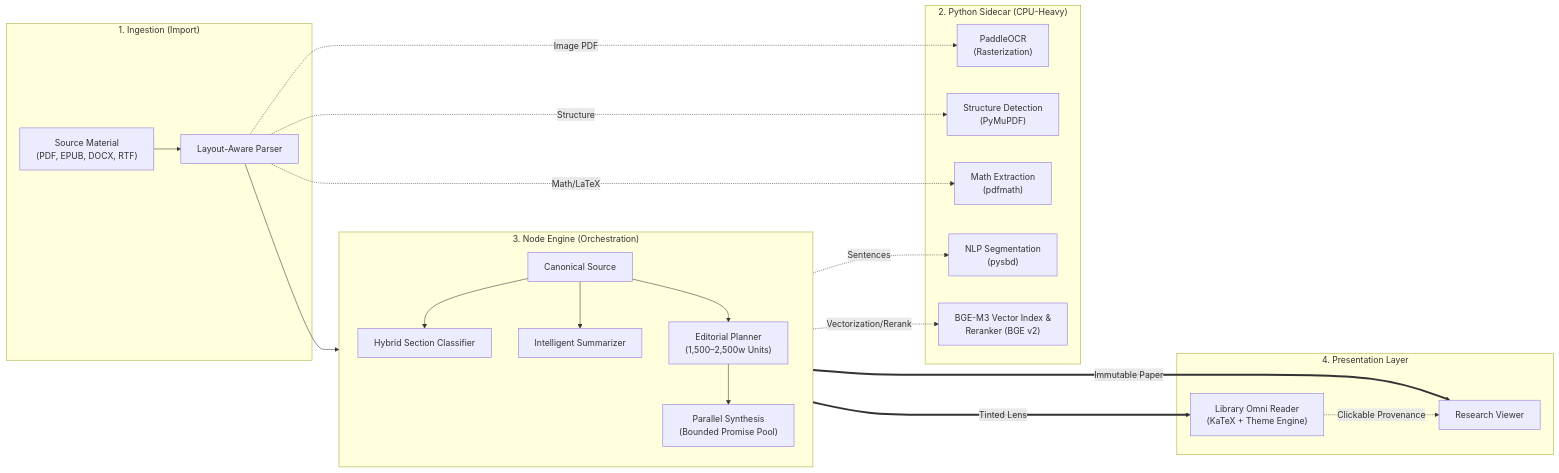
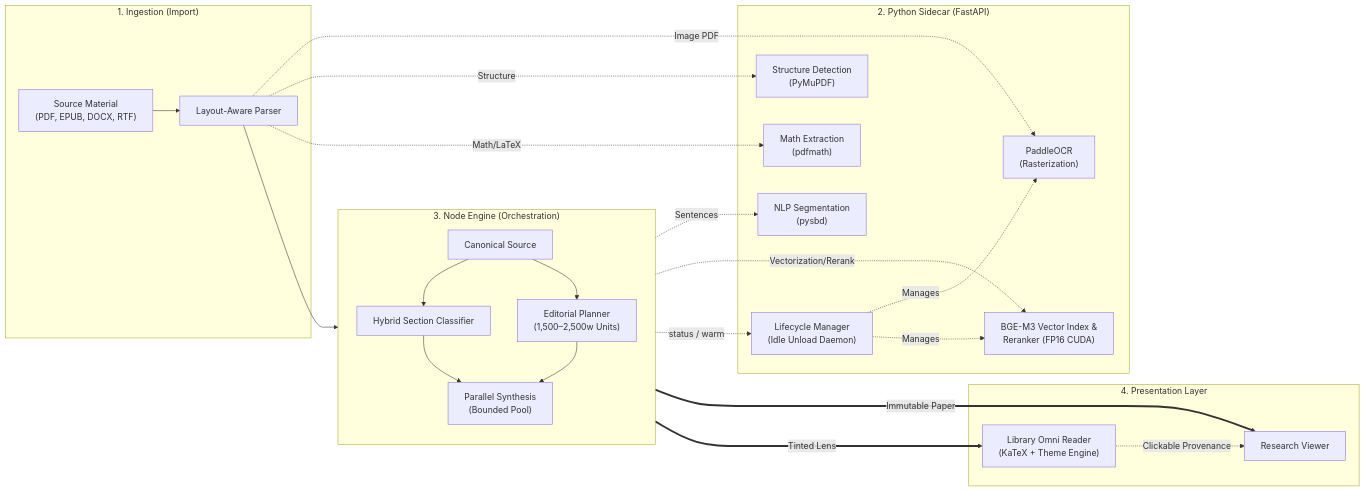
Before and after one commit to avengersvstheflash/Smart-Reader: the second of 2 diagrams in README.md, drawn with Mermaid. The commit also changed other lines of this file, not shown here.

````diff
--- a/README.md
+++ b/README.md
@@ -44,42 +88,35 @@
 ```mermaid
 flowchart LR
     subgraph INGESTION ["1. Ingestion (Import)"]
-        RawDoc["Source Material<br/>(PDF, EPUB, DOCX, RTF)"]
-        Parser["Layout-Aware Parser"]
-        RawDoc --> Parser
+        RawDoc["Source Material<br/>(PDF, EPUB, DOCX, RTF)"] --> Parser["Layout-Aware Parser"]
     end
-
-    subgraph PYTHON_SIDECAR ["2. Python Sidecar (CPU-Heavy)"]
+    subgraph PYTHON_SIDECAR ["2. Python Sidecar (FastAPI)"]
+        Lifecycle["Lifecycle Manager<br/>(Idle Unload Daemon)"]
         OCR["PaddleOCR<br/>(Rasterization)"]
         NLP["NLP Segmentation<br/>(pysbd)"]
         Structure["Structure Detection<br/>(PyMuPDF)"]
         Math["Math Extraction<br/>(pdfmath)"]
-        Embedder["BGE-M3 Vector Index &<br/>Reranker (BGE v2)"]
+        Embedder["BGE-M3 Vector Index &<br/>Reranker (FP16 CUDA)"]
+        Lifecycle -.->|"Manages"| OCR & Embedder
     end
-
     subgraph NODE_ENGINE ["3. Node Engine (Orchestration)"]
         direction TB
         Canon["Canonical Source"]
         Classifier["Hybrid Section Classifier"]
-        Synopsis["Intelligent Summarizer"]
         Planner["Editorial Planner<br/>(1,500–2,500w Units)"]
-        Compressor["Parallel Synthesis<br/>(Bounded Promise Pool)"]
-        
-        Canon --> Classifier
-        Canon --> Synopsis
-        Canon --> Planner --> Compressor
+        Compressor["Parallel Synthesis<br/>(Bounded Pool)"]
+        Canon --> Classifier & Planner --> Compressor
     end
-
     Parser --> Canon
     Parser -.->|"Image PDF"| OCR
     Parser -.->|"Structure"| Structure
     Parser -.->|"Math/LaTeX"| Math
     Canon -.->|"Sentences"| NLP
     Canon -.->|"Vectorization/Rerank"| Embedder
-
+    Compressor -.->|"status / warm"| Lifecycle
     subgraph PRESENTATION ["4. Presentation Layer"]
         Canon ===>|"Immutable Paper"| ResearchViewer["Research Viewer"]
         Compressor ===>|"Tinted Lens"| LibraryReader["Library Omni Reader<br/>(KaTeX + Theme Engine)"]
         LibraryReader -.->|"Clickable Provenance"| ResearchViewer
     end
 ```
````
